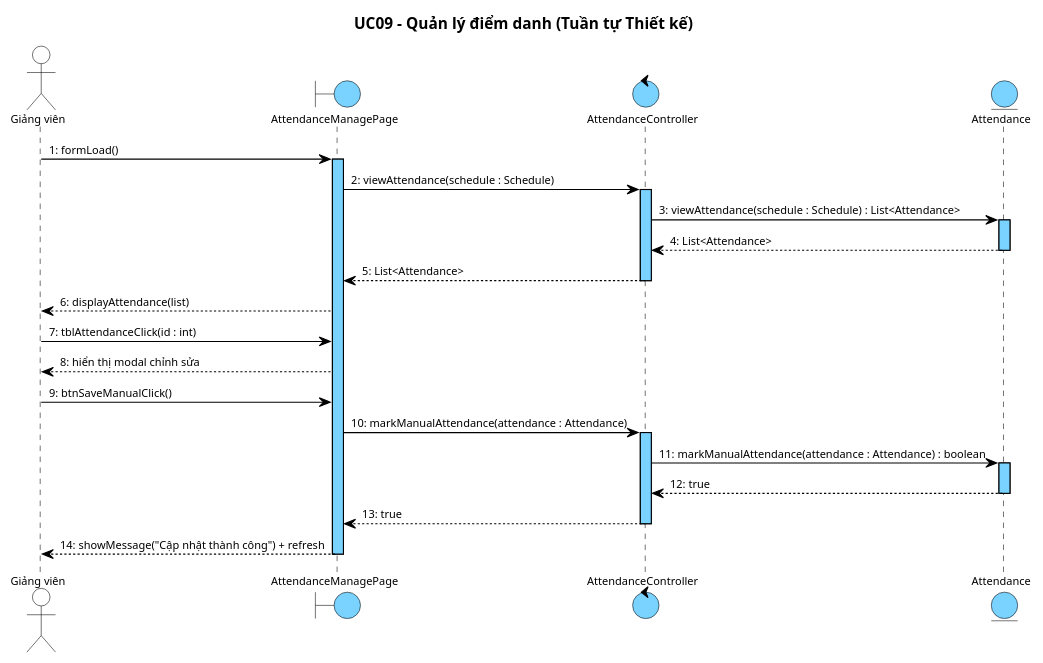
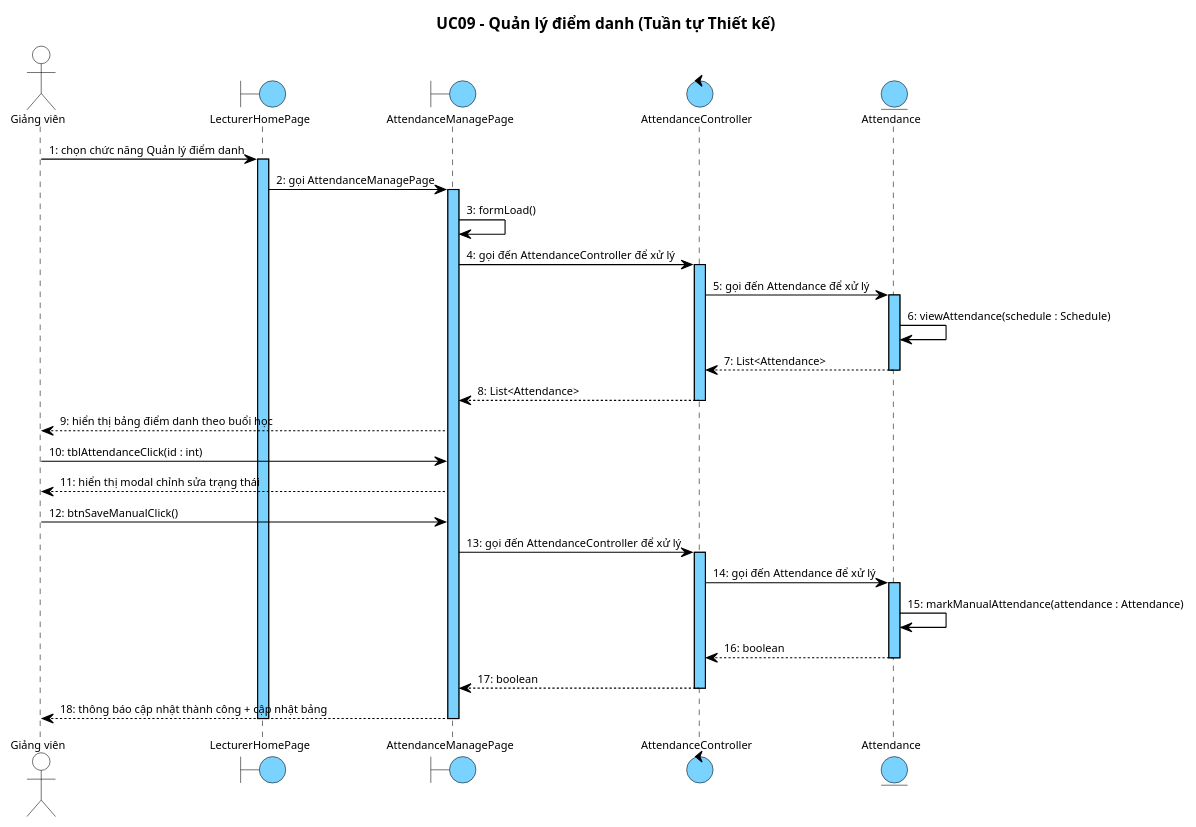
Before and after one commit to thanhtrnnn/universe: diagram 18 of 20 in report/md/module3_attendance_grades.md, drawn with PlantUML. The commit also changed other lines of this file and 1 other file, not shown here.

First line of the commit message:
docs: rewrite II.4 & III.4 sequence diagrams to reference narrative format

````diff
--- a/report/md/module3_attendance_grades.md
+++ b/report/md/module3_attendance_grades.md
@@ -1358,54 +1447,61 @@
 ```plantuml
 @startuml
 skinparam shadowing false
 skinparam SequenceMessageAlign left
 skinparam SequenceLifeLineBackgroundColor #7AD2FF
 skinparam SequenceLifeLineBorderColor #000000
 <style>
 sequenceDiagram {
   Shadowing 0
   RoundCorner 0
   FontName "Arial"
   FontSize 10
   FontColor #000000
   boundary { BackgroundColor #7AD2FF; LineColor #000000 }
   control { BackgroundColor #7AD2FF; LineColor #000000 }
   entity { BackgroundColor #7AD2FF; LineColor #000000 }
   actor { BackgroundColor transparent; LineColor #000000 }
   lifeline { LineColor #000000; LineStyle 5-5 }
   arrow { LineColor #000000; LineThickness 1; FontSize 10 }
 }
 </style>
 title UC09 – Quản lý điểm danh (Tuần tự Thiết kế)
 
 actor "Giảng viên" as GV
+boundary LecturerHomePage
 boundary AttendanceManagePage
 control AttendanceController
 entity Attendance
 
-GV -> AttendanceManagePage : 1: formLoad()
+GV -> LecturerHomePage : 1: chọn chức năng Quản lý điểm danh
+activate LecturerHomePage
+LecturerHomePage -> AttendanceManagePage : 2: gọi AttendanceManagePage
 activate AttendanceManagePage
-AttendanceManagePage -> AttendanceController : 2: viewAttendance(schedule : Schedule)
+AttendanceManagePage -> AttendanceManagePage : 3: formLoad()
+AttendanceManagePage -> AttendanceController : 4: gọi đến AttendanceController để xử lý
 activate AttendanceController
-AttendanceController -> Attendance : 3: viewAttendance(schedule : Schedule) : List<Attendance>
+AttendanceController -> Attendance : 5: gọi đến Attendance để xử lý
 activate Attendance
-Attendance --> AttendanceController : 4: List<Attendance>
+Attendance -> Attendance : 6: viewAttendance(schedule : Schedule)
+Attendance --> AttendanceController : 7: List<Attendance>
 deactivate Attendance
-AttendanceController --> AttendanceManagePage : 5: List<Attendance>
+AttendanceController --> AttendanceManagePage : 8: List<Attendance>
 deactivate AttendanceController
-AttendanceManagePage --> GV : 6: displayAttendance(list)
-GV -> AttendanceManagePage : 7: tblAttendanceClick(id : int)
-AttendanceManagePage --> GV : 8: hiển thị modal chỉnh sửa
-GV -> AttendanceManagePage : 9: btnSaveManualClick()
-AttendanceManagePage -> AttendanceController : 10: markManualAttendance(attendance : Attendance)
+AttendanceManagePage --> GV : 9: hiển thị bảng điểm danh theo buổi học
+GV -> AttendanceManagePage : 10: tblAttendanceClick(id : int)
+AttendanceManagePage --> GV : 11: hiển thị modal chỉnh sửa trạng thái
+GV -> AttendanceManagePage : 12: btnSaveManualClick()
+AttendanceManagePage -> AttendanceController : 13: gọi đến AttendanceController để xử lý
 activate AttendanceController
-AttendanceController -> Attendance : 11: markManualAttendance(attendance : Attendance) : boolean
+AttendanceController -> Attendance : 14: gọi đến Attendance để xử lý
 activate Attendance
-Attendance --> AttendanceController : 12: true
+Attendance -> Attendance : 15: markManualAttendance(attendance : Attendance)
+Attendance --> AttendanceController : 16: boolean
 deactivate Attendance
-AttendanceController --> AttendanceManagePage : 13: true
+AttendanceController --> AttendanceManagePage : 17: boolean
 deactivate AttendanceController
-AttendanceManagePage --> GV : 14: showMessage("Cập nhật thành công") + refresh
+AttendanceManagePage --> GV : 18: thông báo cập nhật thành công + cập nhật bảng
 deactivate AttendanceManagePage
+deactivate LecturerHomePage
 @enduml
 ```
````
